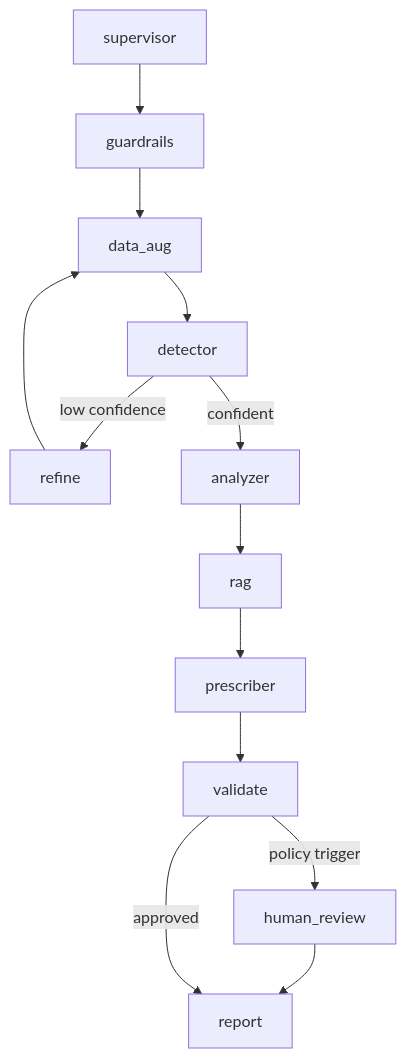
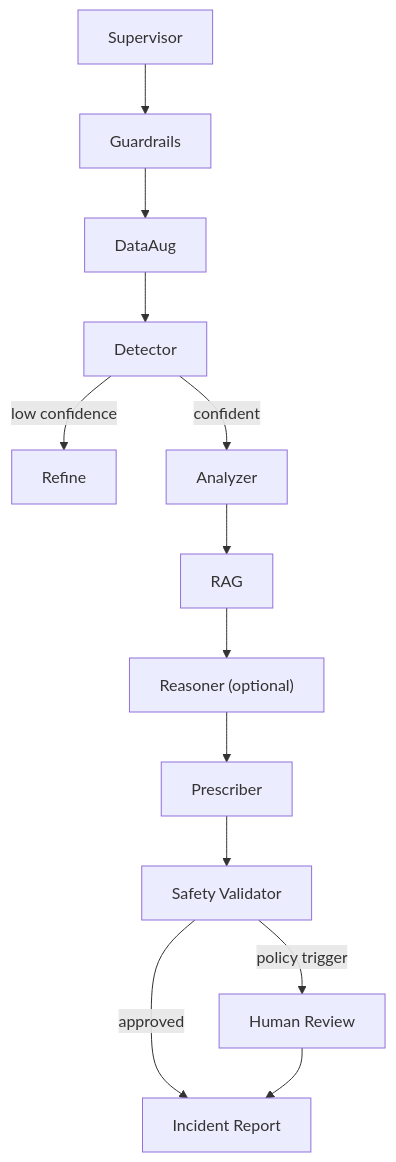
Before and after one commit to naman-fr/Autonomous-Manufacturing-Fault-Diagnosis-and-Self-Healing: the first of 2 diagrams in docs/architecture.md, drawn with Mermaid. The commit also changed other lines of this file and 6 other files, not shown here.

````diff
--- a/docs/architecture.md
+++ b/docs/architecture.md
@@ -26,8 +20,15 @@
 ```mermaid
 flowchart TD
-    supervisor --> guardrails --> data_aug --> detector
-    detector -->|"low confidence"| refine --> data_aug
-    detector -->|"confident"| analyzer --> rag --> prescriber --> validate
-    validate -->|"policy trigger"| human_review --> report
-    validate -->|"approved"| report
+    supervisor["Supervisor"] --> guardrails["Guardrails"]
+    guardrails --> data_aug["DataAug"]
+    data_aug --> detector["Detector"]
+    detector -->|"low confidence"| refine["Refine"]
+    detector -->|"confident"| analyzer["Analyzer"]
+    analyzer --> rag["RAG"]
+    rag --> reasoner["Reasoner (optional)"]
+    reasoner --> prescriber["Prescriber"]
+    prescriber --> validate["Safety Validator"]
+    validate -->|"policy trigger"| human_review["Human Review"]
+    validate -->|"approved"| report["Incident Report"]
+    human_review --> report
 ```
````
